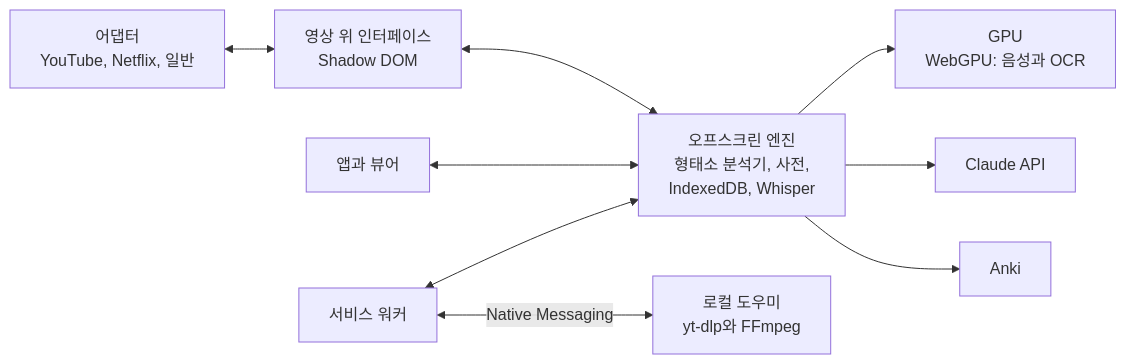
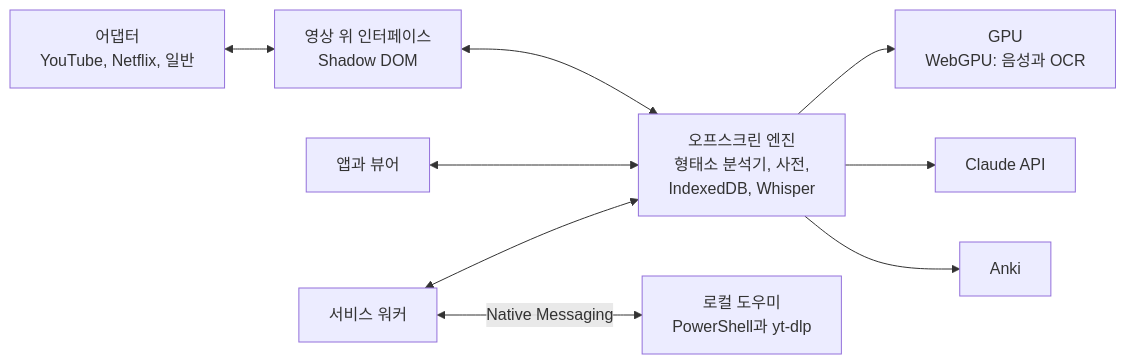
One commit to Eliam4510/kotonoha changed the second of 2 diagrams in README.ko.md. Above: the diagram before and after it, drawn with Mermaid. The commit also changed other lines of this file and 83 other files, not shown here.

````diff
--- a/README.ko.md
+++ b/README.ko.md
@@ -168,11 +170,11 @@
 ```mermaid
 flowchart LR
   P["어댑터<br/>YouTube, Netflix, 일반"] <--> C["영상 위 인터페이스<br/>Shadow DOM"]
   C <--> M["오프스크린 엔진<br/>형태소 분석기, 사전,<br/>IndexedDB, Whisper"]
   A["앱과 뷰어"] <--> M
   M --> G["GPU<br/>WebGPU: 음성과 OCR"]
   M --> CL["Claude API"]
   M --> AN["Anki"]
   S["서비스 워커"] <--> M
-  S <-->|Native Messaging| H["로컬 도우미<br/>yt-dlp와 FFmpeg"]
+  S <-->|Native Messaging| H["로컬 도우미<br/>PowerShell과 yt-dlp"]
 ```
````
